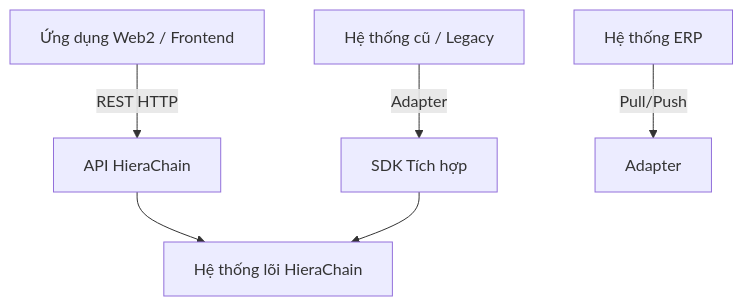
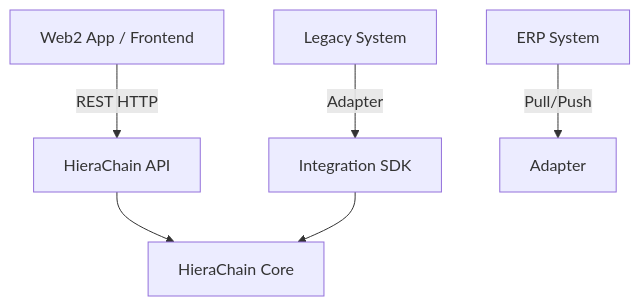
Before and after one commit to VanDung-dev/HieraChain: the first of 3 diagrams in docs/vi/how-to/integrate-web2.md, drawn with Mermaid. The commit also changed other lines of this file and 158 other files, not shown here.

````diff
--- a/docs/vi/how-to/integrate-web2.md
+++ b/docs/vi/how-to/integrate-web2.md
@@ -21,9 +21,9 @@
 ```mermaid
 graph TD
-    Web2[Ứng dụng Web2 / Frontend] -->|REST HTTP| API[API HieraChain]
-    Legacy[Hệ thống cũ / Legacy] -->|Adapter| SDK[SDK Tích hợp]
-    ERP[Hệ thống ERP] -->|Pull/Push| Adapter
-    
-    API --> Core[Hệ thống lõi HieraChain]
+    Web2[Web2 App / Frontend] -->|REST HTTP| API[HieraChain API]
+    Legacy[Legacy System] -->|Adapter| SDK[Integration SDK]
+    ERP[ERP System] -->|Pull/Push| Adapter
+
+    API --> Core[HieraChain Core]
     SDK --> Core
 ```
````
